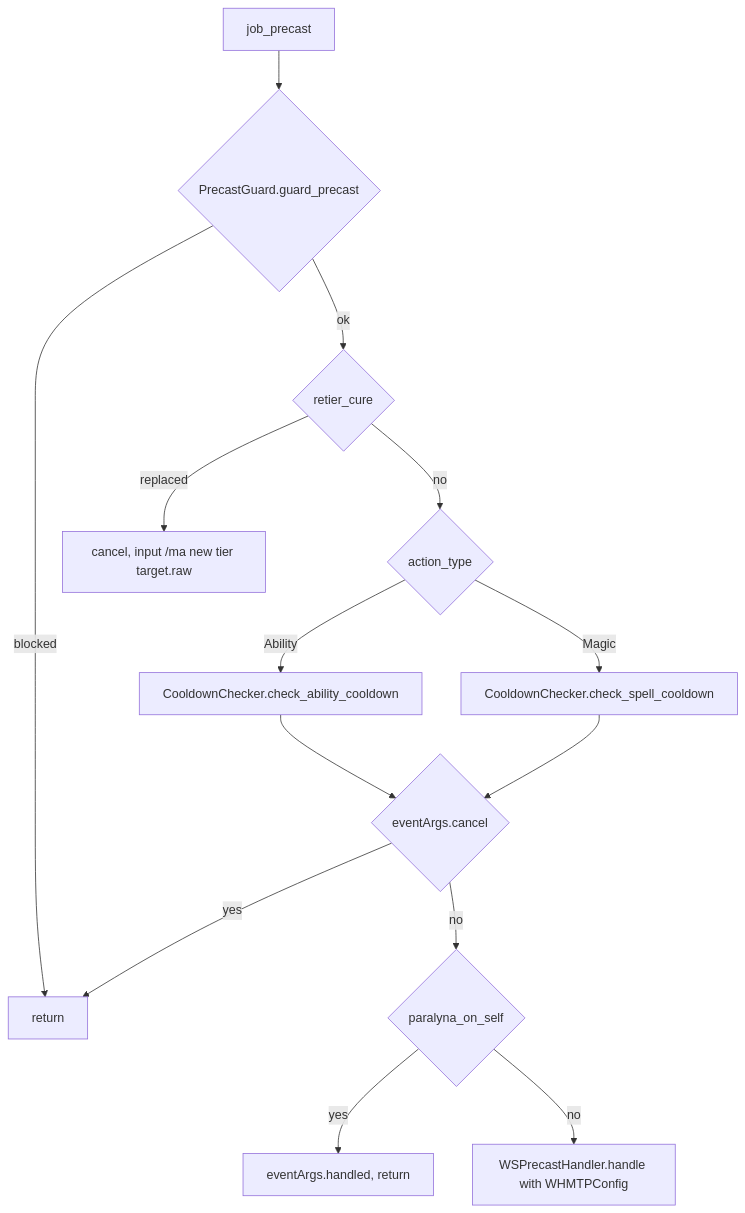
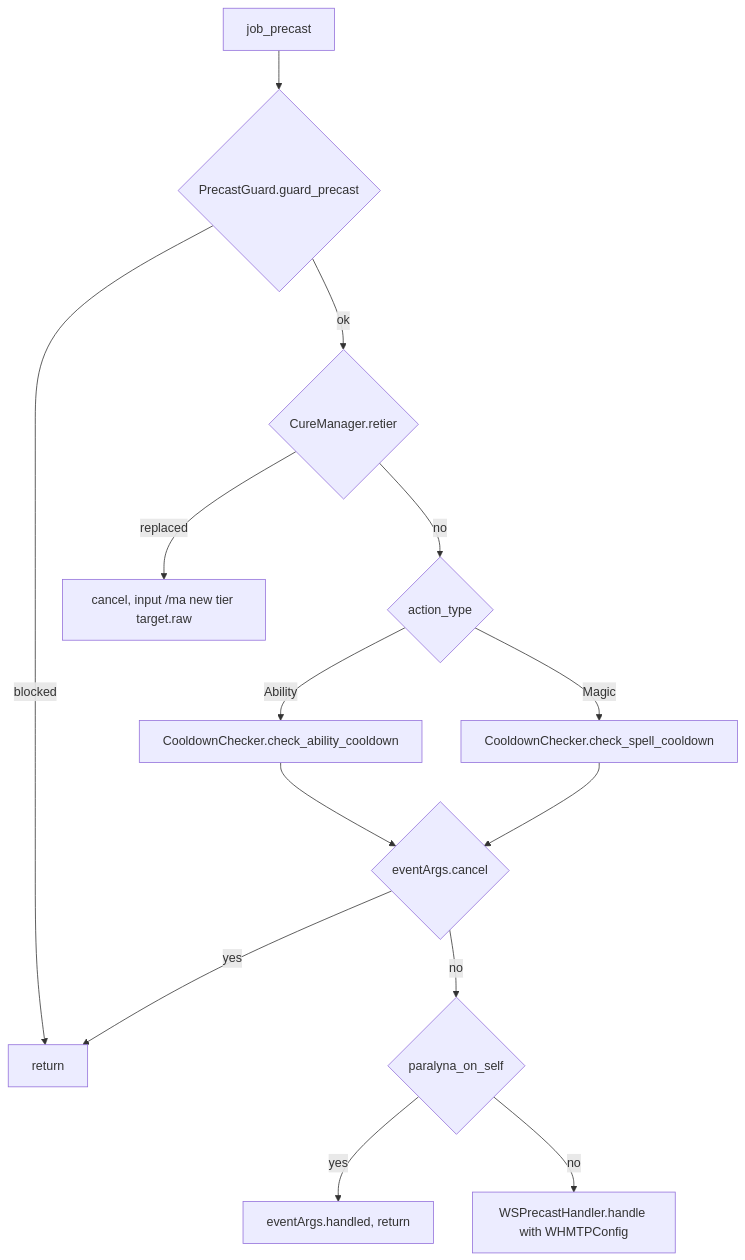
The first of 2 diagrams in docs/dev/jobs/whm.md (ejouanchicot/Gearswap), drawn with Mermaid before and after one commit. The commit also changed other lines of this file and 49 other files, not shown here.

````diff
--- a/docs/dev/jobs/whm.md
+++ b/docs/dev/jobs/whm.md
@@ -109,16 +109,16 @@
 ```mermaid
 flowchart TD
     A[job_precast] --> G{PrecastGuard.guard_precast}
     G -- blocked --> Z[return]
-    G -- ok --> R{retier_cure}
+    G -- ok --> R{CureManager.retier}
     R -- replaced --> Z2[cancel, input /ma new tier target.raw]
     R -- no --> C{action_type}
     C -- Ability --> CA[CooldownChecker.check_ability_cooldown]
     C -- Magic --> CS[CooldownChecker.check_spell_cooldown]
     CA --> X{eventArgs.cancel}
     CS --> X
     X -- yes --> Z
     X -- no --> P{paralyna_on_self}
     P -- yes --> H[eventArgs.handled, return]
     P -- no --> W[WSPrecastHandler.handle with WHMTPConfig]
 ```
````
